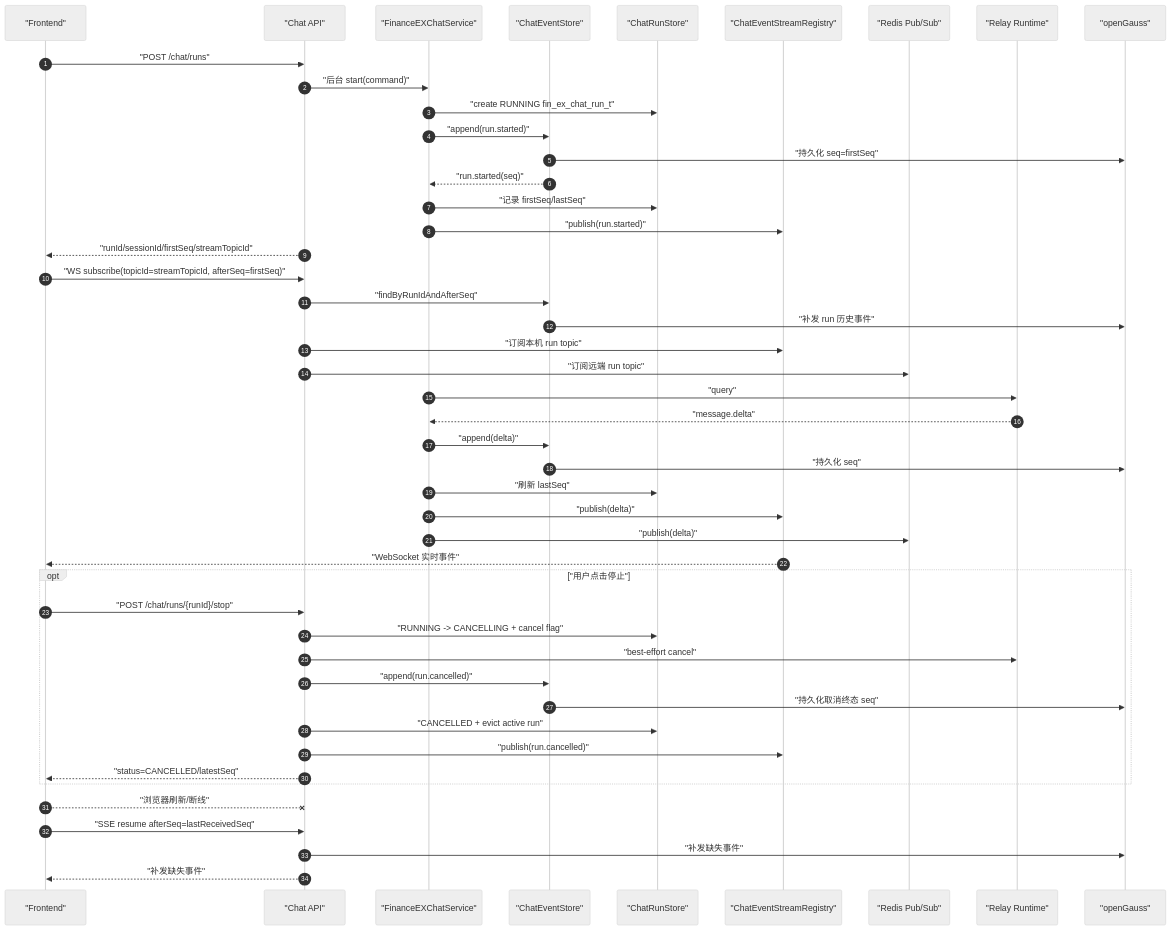
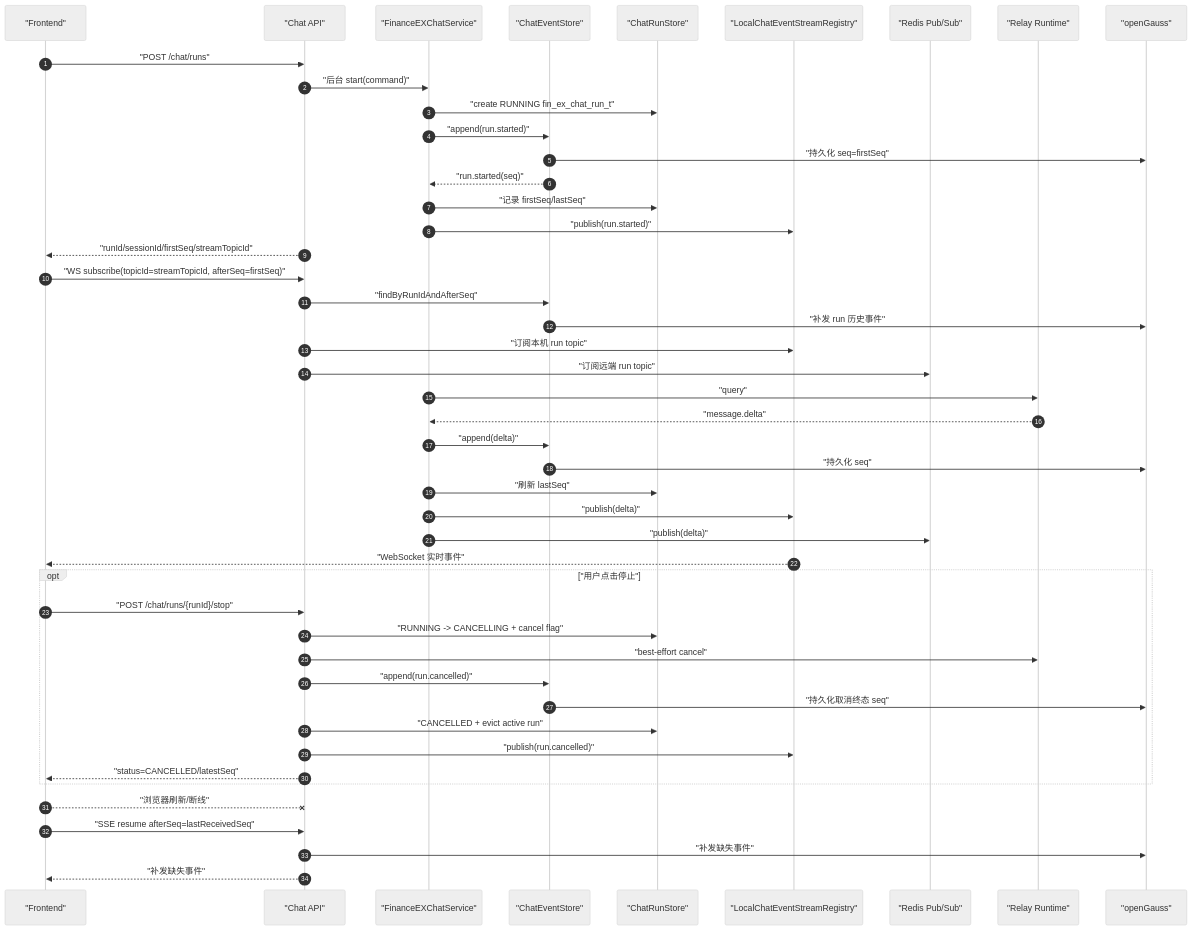
Before and after one commit to kunben-duck/exweb: the fourth of 6 diagrams in docs/architecture/README.md, drawn with Mermaid (neutral theme). The commit also changed other lines of this file and 65 other files, not shown here.

Commit message:
feat: refine chat runtime and memory architecture

````diff
--- a/docs/architecture/README.md
+++ b/docs/architecture/README.md
@@ -192,54 +197,54 @@
 ```mermaid
 sequenceDiagram
     autonumber
     participant Frontend as "Frontend"
     participant ChatAPI as "Chat API"
     participant SuperAgent as "FinanceEXChatService"
     participant EventStore as "ChatEventStore"
     participant RunStore as "ChatRunStore"
-    participant Live as "ChatEventStreamRegistry"
+    participant Live as "LocalChatEventStreamRegistry"
     participant RedisBus as "Redis Pub/Sub"
     participant Runtime as "Relay Runtime"
     participant DB as "openGauss"
 
     Frontend->>ChatAPI: "POST /chat/runs"
     ChatAPI->>SuperAgent: "后台 start(command)"
     SuperAgent->>RunStore: "create RUNNING fin_ex_chat_run_t"
     SuperAgent->>EventStore: "append(run.started)"
     EventStore->>DB: "持久化 seq=firstSeq"
     EventStore-->>SuperAgent: "run.started(seq)"
     SuperAgent->>RunStore: "记录 firstSeq/lastSeq"
     SuperAgent->>Live: "publish(run.started)"
     ChatAPI-->>Frontend: "runId/sessionId/firstSeq/streamTopicId"
 
     Frontend->>ChatAPI: "WS subscribe(topicId=streamTopicId, afterSeq=firstSeq)"
     ChatAPI->>EventStore: "findByRunIdAndAfterSeq"
     EventStore->>DB: "补发 run 历史事件"
     ChatAPI->>Live: "订阅本机 run topic"
     ChatAPI->>RedisBus: "订阅远端 run topic"
 
     SuperAgent->>Runtime: "query"
     Runtime-->>SuperAgent: "message.delta"
     SuperAgent->>EventStore: "append(delta)"
     EventStore->>DB: "持久化 seq"
     SuperAgent->>RunStore: "刷新 lastSeq"
     SuperAgent->>Live: "publish(delta)"
     SuperAgent->>RedisBus: "publish(delta)"
     Live-->>Frontend: "WebSocket 实时事件"
 
     opt "用户点击停止"
         Frontend->>ChatAPI: "POST /chat/runs/{runId}/stop"
         ChatAPI->>RunStore: "RUNNING -> CANCELLING + cancel flag"
         ChatAPI->>Runtime: "best-effort cancel"
         ChatAPI->>EventStore: "append(run.cancelled)"
         EventStore->>DB: "持久化取消终态 seq"
         ChatAPI->>RunStore: "CANCELLED + evict active run"
         ChatAPI->>Live: "publish(run.cancelled)"
         ChatAPI-->>Frontend: "status=CANCELLED/latestSeq"
     end
 
     Frontend--xChatAPI: "浏览器刷新/断线"
     Frontend->>ChatAPI: "SSE resume afterSeq=lastReceivedSeq"
     ChatAPI->>DB: "补发缺失事件"
     ChatAPI-->>Frontend: "补发缺失事件"
 ```
````
